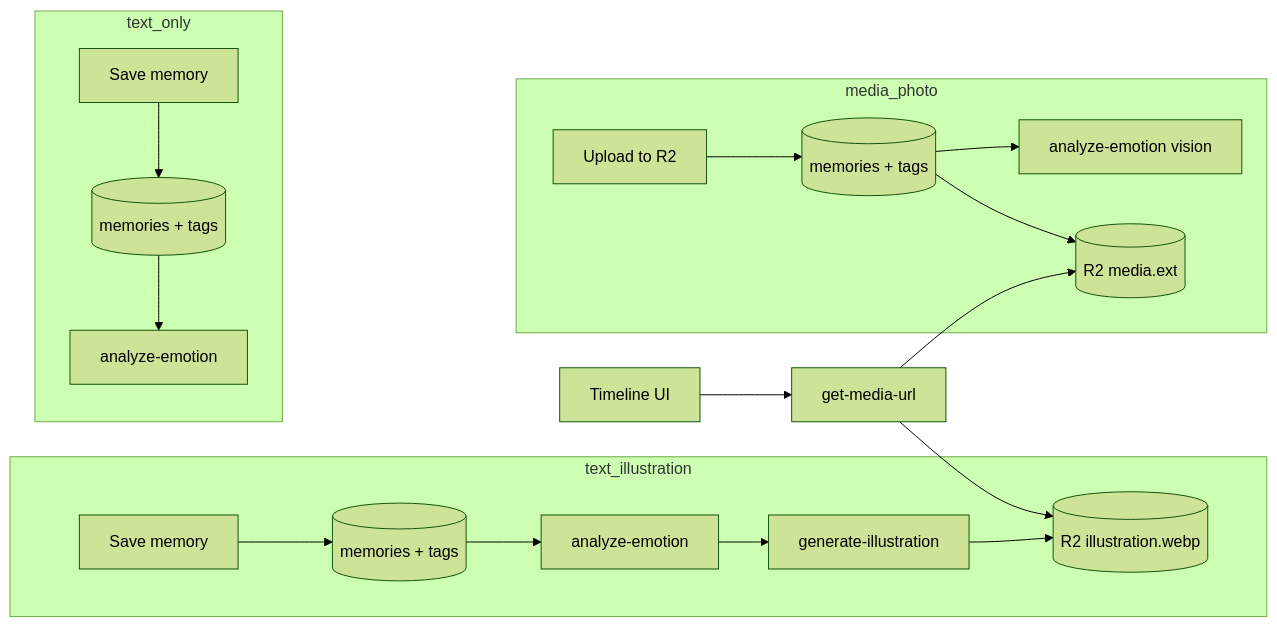
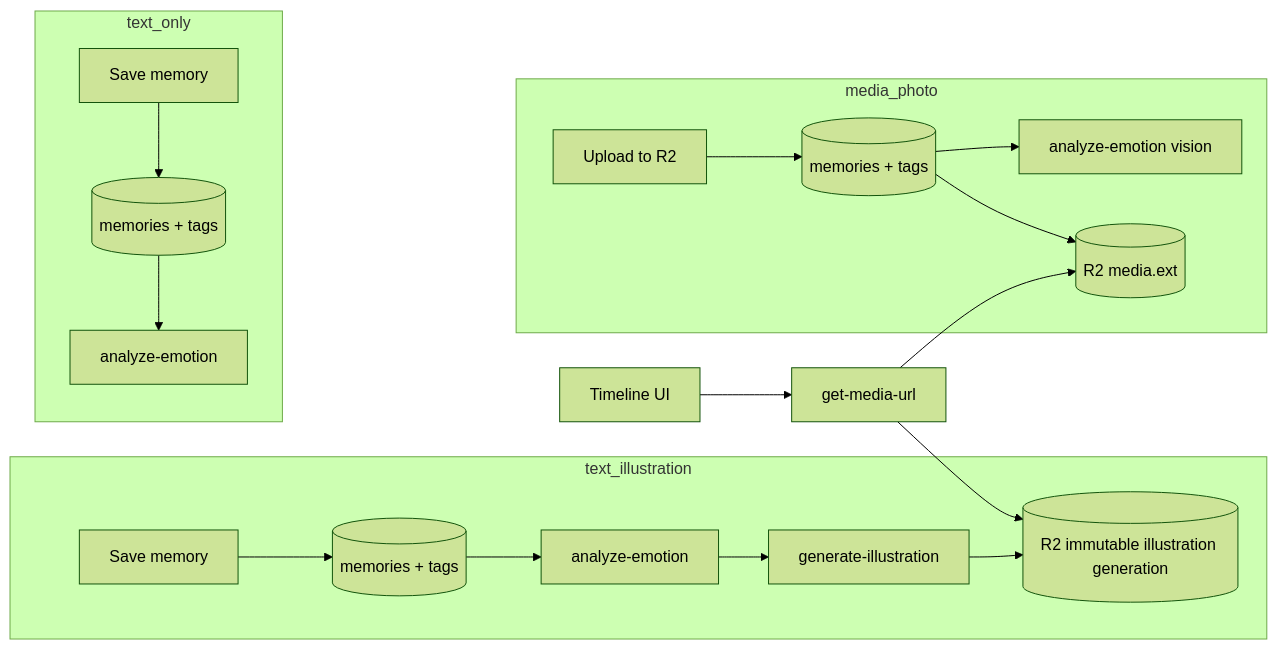
One commit to eduardoyi/newmomora changed the diagram in docs/features/memories.md. Above: the diagram before and after it, drawn with Mermaid (forest theme). The commit also changed 78 other files, not shown here.

````diff
--- a/docs/features/memories.md
+++ b/docs/features/memories.md
@@ -183,24 +183,24 @@
 ```mermaid
 flowchart LR
   subgraph text_illustration
     SaveTI[Save memory] --> DB1[(memories + tags)]
     DB1 --> Emotion[analyze-emotion]
     Emotion --> Illustrate[generate-illustration]
-    Illustrate --> R2illus[(R2 illustration.webp)]
+    Illustrate --> R2illus[(R2 immutable illustration generation)]
   end
 
   subgraph text_only
     SaveTO[Save memory] --> DB2[(memories + tags)]
     DB2 --> EmotionTO[analyze-emotion]
   end
 
   subgraph media_photo
     Upload[Upload to R2] --> DB3[(memories + tags)]
     DB3 --> EmotionPhoto[analyze-emotion vision]
     DB3 --> R2media[(R2 media.ext)]
   end
 
   Timeline[Timeline UI] --> MediaURL[get-media-url]
   MediaURL --> R2illus
   MediaURL --> R2media
 ```
````
